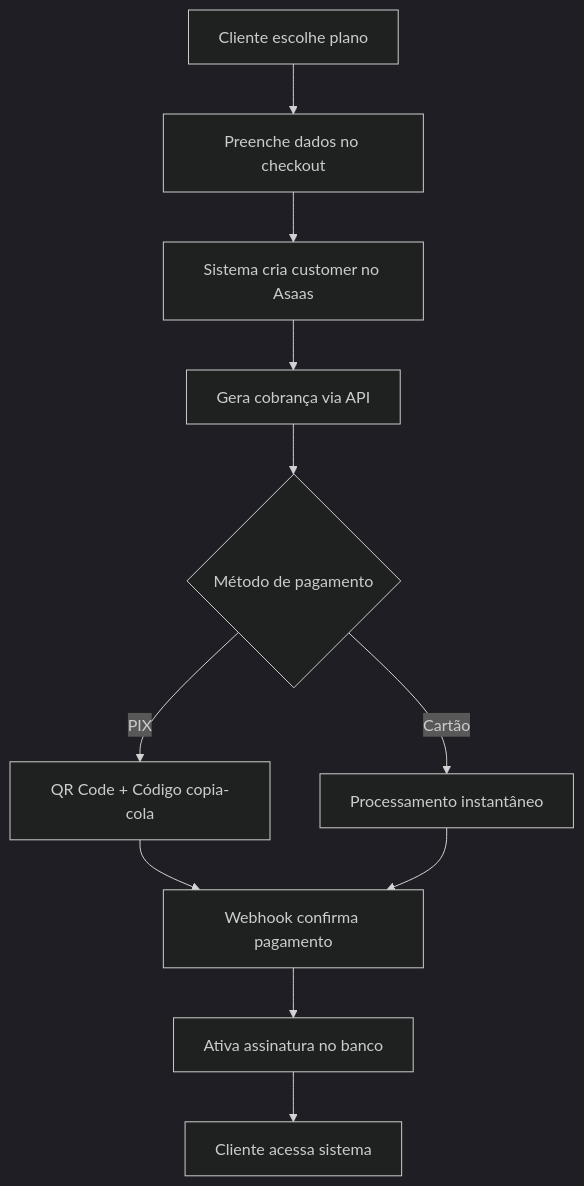
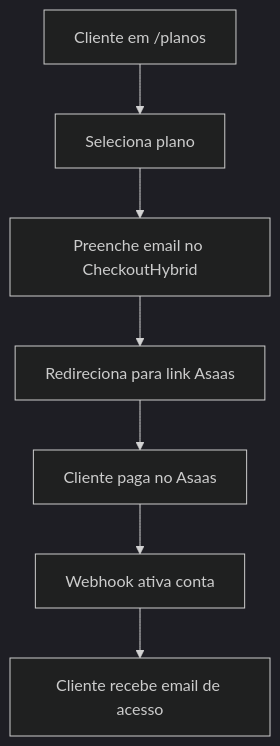
One commit to Nomade-PJ/Torneira-Digital-Es-Vercel changed the diagram in DOCASAAS.md. Above: the diagram before and after it, drawn with Mermaid (dark theme). The commit also changed other lines of this file and 28 other files, not shown here.

Commit message:
Atualização Completa na Parte do Checkout do Asaas Integração Híbrida e Funcional ✅

````diff
--- a/DOCASAAS.md
+++ b/DOCASAAS.md
@@ -44,13 +93,9 @@
 ```mermaid
 graph TD
-    A[Cliente escolhe plano] --> B[Preenche dados no checkout]
-    B --> C[Sistema cria customer no Asaas]
-    C --> D[Gera cobrança via API]
-    D --> E{Método de pagamento}
-    E -->|PIX| F[QR Code + Código copia-cola]
-    E -->|Cartão| G[Processamento instantâneo]
-    F --> H[Webhook confirma pagamento]
-    G --> H
-    H --> I[Ativa assinatura no banco]
-    I --> J[Cliente acessa sistema]
+    A[Cliente em /planos] --> B[Seleciona plano]
+    B --> C[Preenche email no CheckoutHybrid]
+    C --> D[Redireciona para link Asaas]
+    D --> E[Cliente paga no Asaas]
+    E --> F[Webhook ativa conta]
+    F --> G[Cliente recebe email de acesso]
 ```
````
